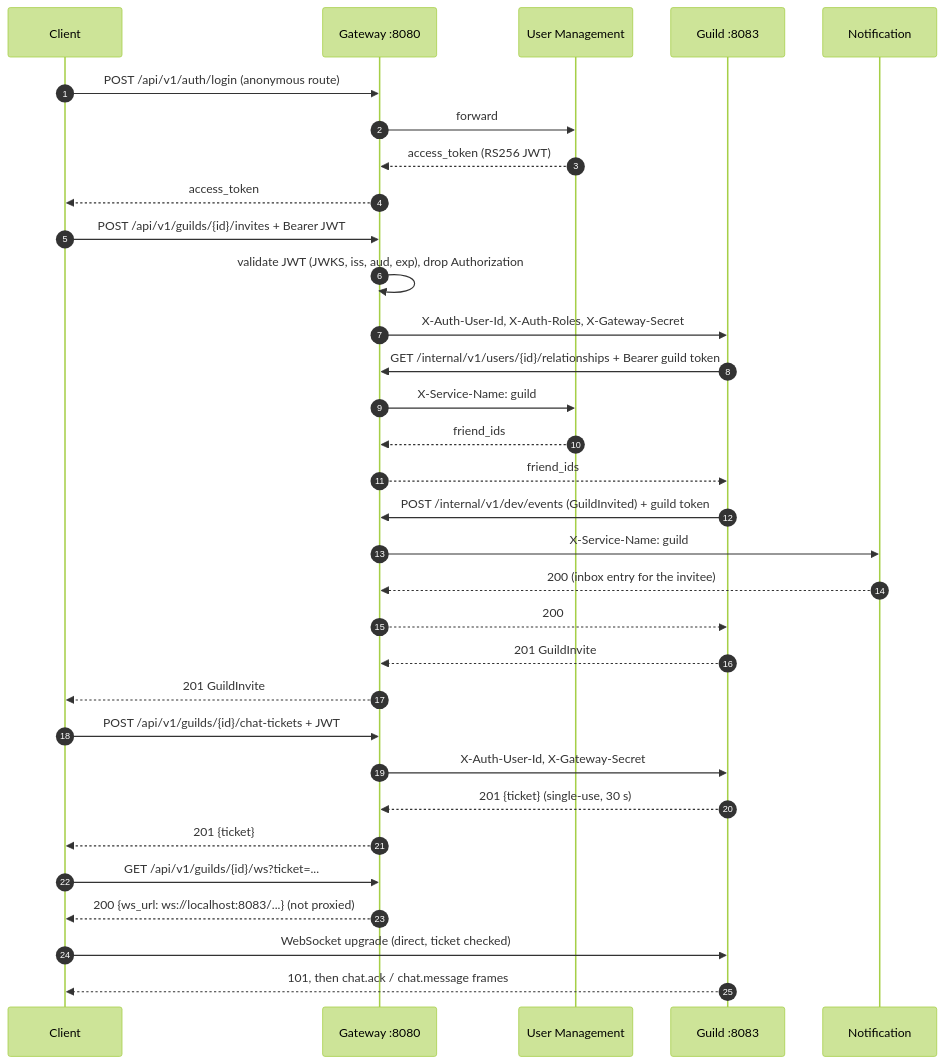
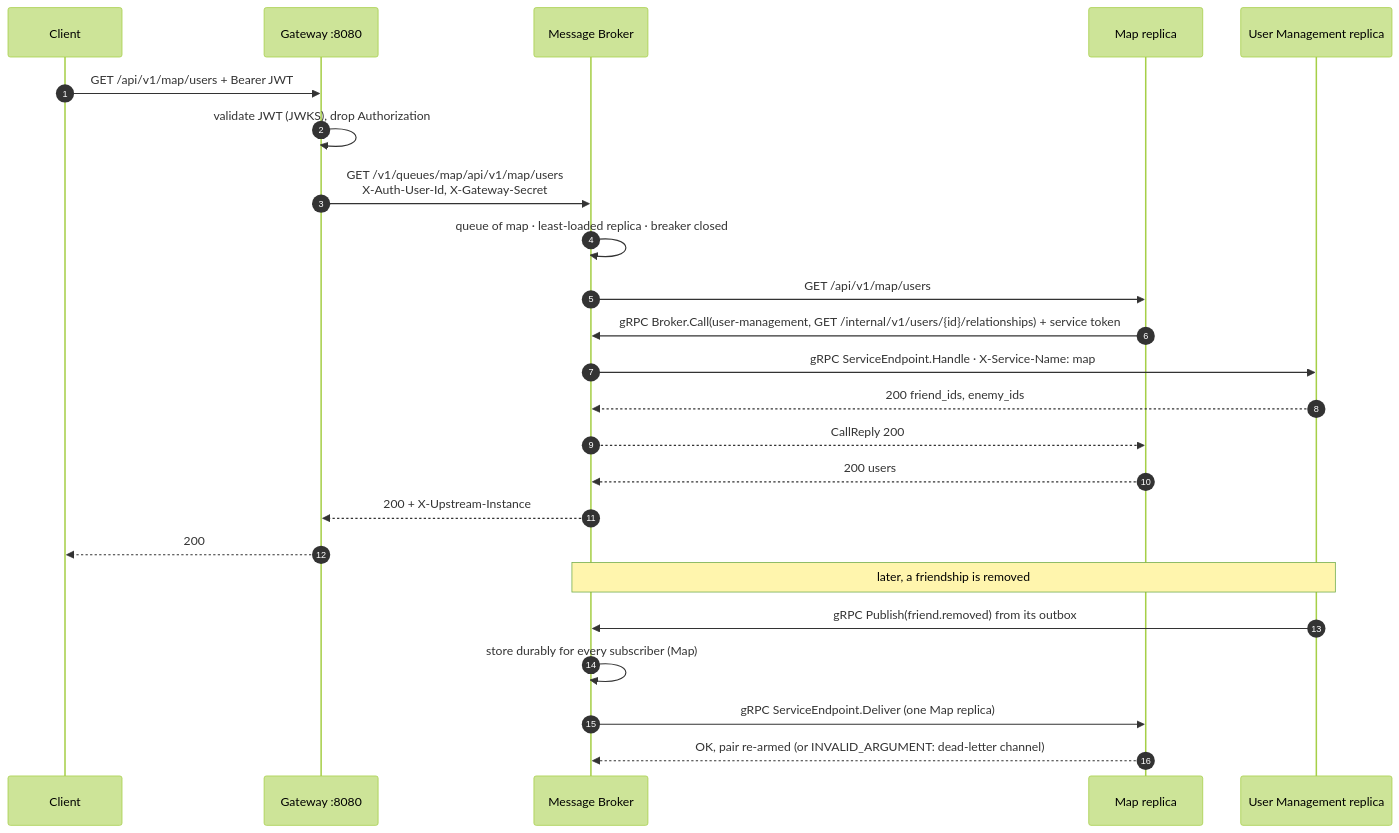
One commit to MadalinaDev/tamagotchi-go-team-12 changed the second of 2 diagrams in README.md. Above: the diagram before and after it, drawn with Mermaid (forest theme). The commit also changed other lines of this file and 22 other files, not shown here.

First line of the commit message:
feat(lab-4): run the message broker and monitoring, with the Lab 4 contract

````diff
--- a/README.md
+++ b/README.md
@@ -74,35 +83,27 @@
 ```mermaid
 sequenceDiagram
     autonumber
     participant C as Client
     participant GW as Gateway :8080
-    participant UM as User Management
-    participant G as Guild :8083
-    participant N as Notification
+    participant MB as Message Broker
+    participant M as Map replica
+    participant UM as User Management replica
 
-    C->>GW: POST /api/v1/auth/login (anonymous route)
-    GW->>UM: forward
-    UM-->>GW: access_token (RS256 JWT)
-    GW-->>C: access_token
-    C->>GW: POST /api/v1/guilds/{id}/invites + Bearer JWT
-    GW->>GW: validate JWT (JWKS, iss, aud, exp), drop Authorization
-    GW->>G: X-Auth-User-Id, X-Auth-Roles, X-Gateway-Secret
-    G->>GW: GET /internal/v1/users/{id}/relationships + Bearer guild token
-    GW->>UM: X-Service-Name: guild
-    UM-->>GW: friend_ids
-    GW-->>G: friend_ids
-    G->>GW: POST /internal/v1/dev/events (GuildInvited) + guild token
-    GW->>N: X-Service-Name: guild
-    N-->>GW: 200 (inbox entry for the invitee)
-    GW-->>G: 200
-    G-->>GW: 201 GuildInvite
-    GW-->>C: 201 GuildInvite
-    C->>GW: POST /api/v1/guilds/{id}/chat-tickets + JWT
-    GW->>G: X-Auth-User-Id, X-Gateway-Secret
-    G-->>GW: 201 {ticket} (single-use, 30 s)
-    GW-->>C: 201 {ticket}
-    C->>GW: GET /api/v1/guilds/{id}/ws?ticket=...
-    GW-->>C: 200 {ws_url: ws://localhost:8083/...} (not proxied)
-    C->>G: WebSocket upgrade (direct, ticket checked)
-    G-->>C: 101, then chat.ack / chat.message frames
+    C->>GW: GET /api/v1/map/users + Bearer JWT
+    GW->>GW: validate JWT (JWKS), drop Authorization
+    GW->>MB: GET /v1/queues/map/api/v1/map/users<br/>X-Auth-User-Id, X-Gateway-Secret
+    MB->>MB: queue of map · least-loaded replica · breaker closed
+    MB->>M: GET /api/v1/map/users
+    M->>MB: gRPC Broker.Call(user-management, GET /internal/v1/users/{id}/relationships) + service token
+    MB->>UM: gRPC ServiceEndpoint.Handle · X-Service-Name: map
+    UM-->>MB: 200 friend_ids, enemy_ids
+    MB-->>M: CallReply 200
+    M-->>MB: 200 users
+    MB-->>GW: 200 + X-Upstream-Instance
+    GW-->>C: 200
+    Note over UM,MB: later, a friendship is removed
+    UM->>MB: gRPC Publish(friend.removed) from its outbox
+    MB->>MB: store durably for every subscriber (Map)
+    MB->>M: gRPC ServiceEndpoint.Deliver (one Map replica)
+    M-->>MB: OK, pair re-armed (or INVALID_ARGUMENT: dead-letter channel)
 ```
````
